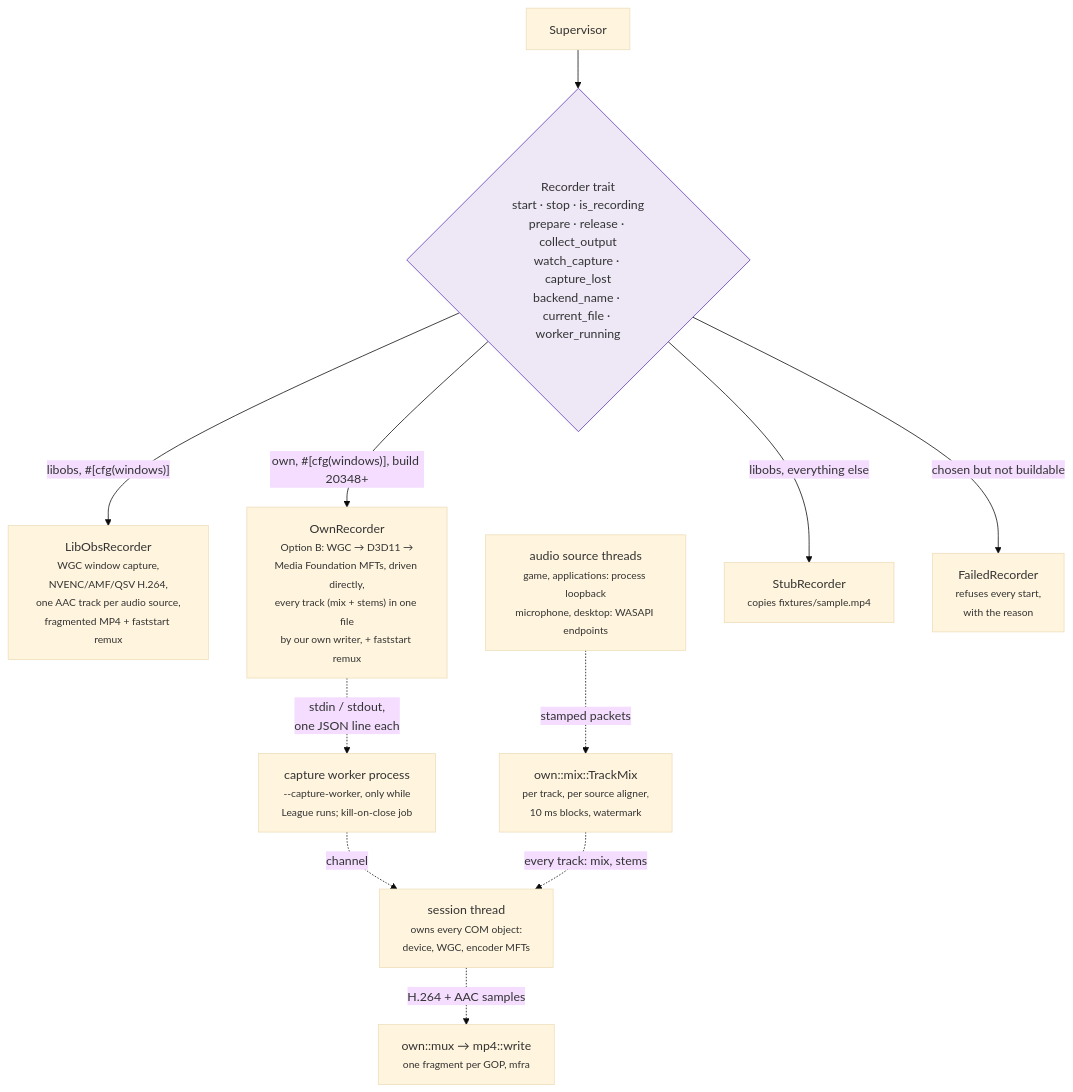
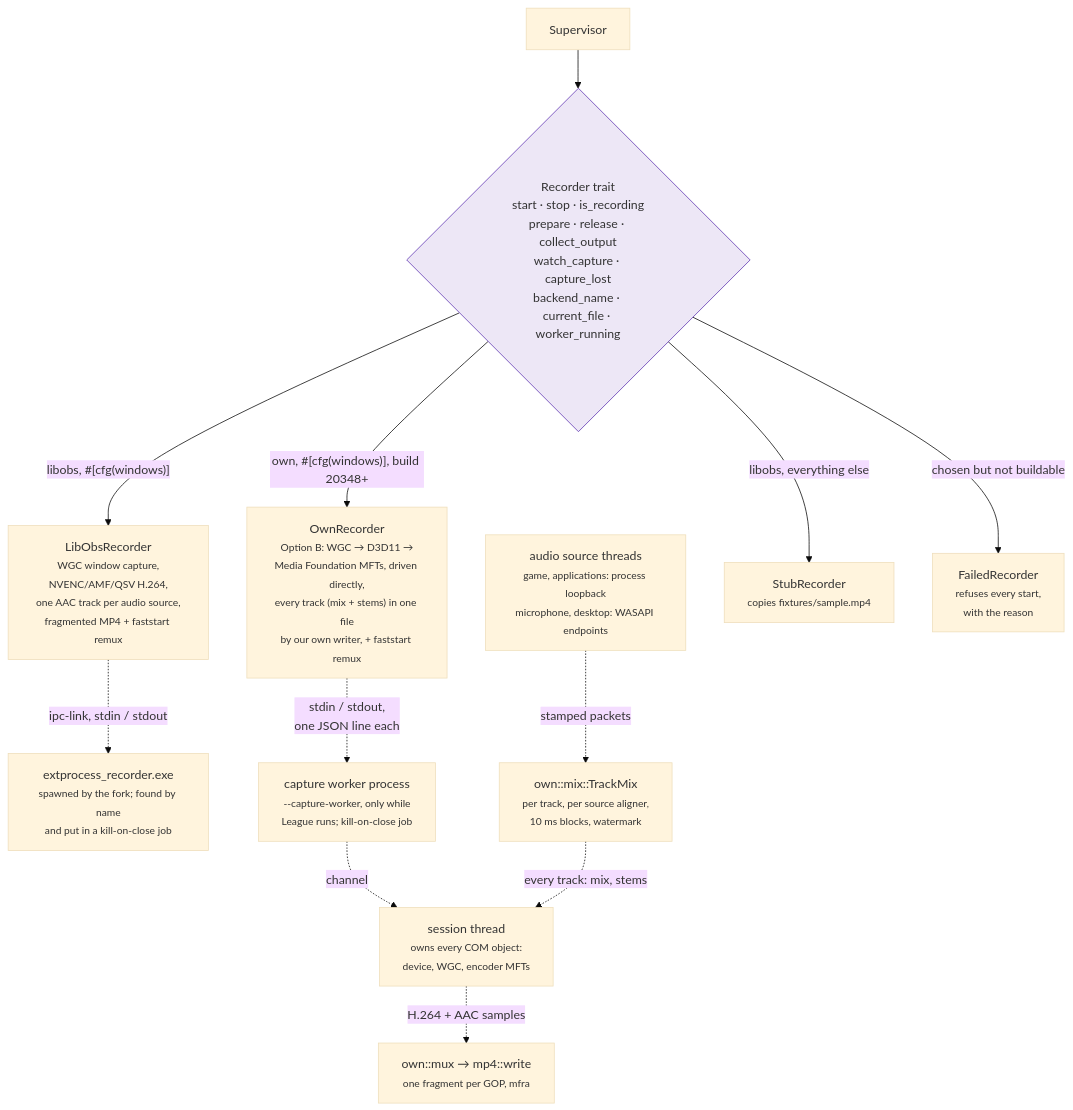
The third of 10 diagrams in docs/architecture.md (NinjaGoldfinch/ninja-recorder), drawn with Mermaid (base theme) before and after one commit. The commit also changed other lines of this file and 14 other files, not shown here.

````diff
--- a/docs/architecture.md
+++ b/docs/architecture.md
@@ -165,14 +167,15 @@
 ```mermaid
 flowchart TB
     SUP["Supervisor"] --> T{"Recorder trait<br/>start · stop · is_recording<br/>prepare · release · collect_output<br/>watch_capture · capture_lost<br/>backend_name · current_file · worker_running"}
     T -->|"libobs, #[cfg(windows)]"| L["LibObsRecorder<br/><small>WGC window capture,<br/>NVENC/AMF/QSV H.264,<br/>one AAC track per audio source,<br/>fragmented MP4 + faststart remux</small>"]
+    L -.->|"ipc-link, stdin / stdout"| LW["extprocess_recorder.exe<br/><small>spawned by the fork; found by name<br/>and put in a kill-on-close job</small>"]
     T -->|"own, #[cfg(windows)], build 20348+"| O["OwnRecorder<br/><small>Option B: WGC → D3D11 →<br/>Media Foundation MFTs, driven directly,<br/>every track (mix + stems) in one file<br/>by our own writer, + faststart remux</small>"]
     O -.->|"stdin / stdout,<br/>one JSON line each"| WK["capture worker process<br/><small>--capture-worker, only while<br/>League runs; kill-on-close job</small>"]
     WK -.->|"channel"| SES["session thread<br/><small>owns every COM object:<br/>device, WGC, encoder MFTs</small>"]
     AUD["audio source threads<br/><small>game, applications: process loopback<br/>microphone, desktop: WASAPI endpoints</small>"] -.->|"stamped packets"| MIX["own::mix::TrackMix<br/><small>per track, per source aligner,<br/>10 ms blocks, watermark</small>"]
     MIX -.->|"every track: mix, stems"| SES
     SES -.->|"H.264 + AAC samples"| MUX["own::mux → mp4::write<br/><small>one fragment per GOP, mfra</small>"]
     T -->|"libobs, everything else"| S["StubRecorder<br/><small>copies fixtures/sample.mp4</small>"]
     T -->|"chosen but not buildable"| F["FailedRecorder<br/><small>refuses every start,<br/>with the reason</small>"]
     style T fill:#ede7f6,stroke:#5e35b1
 ```
````
